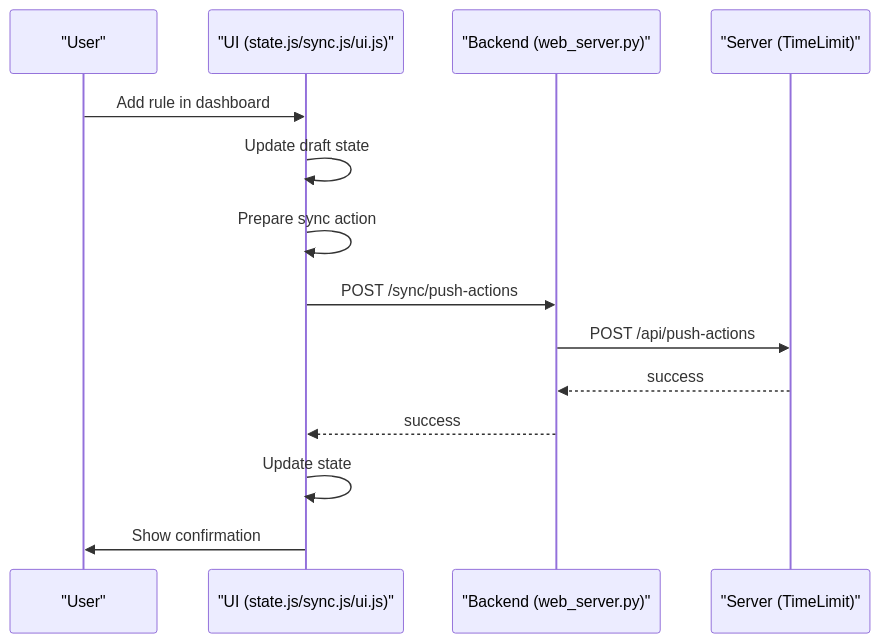
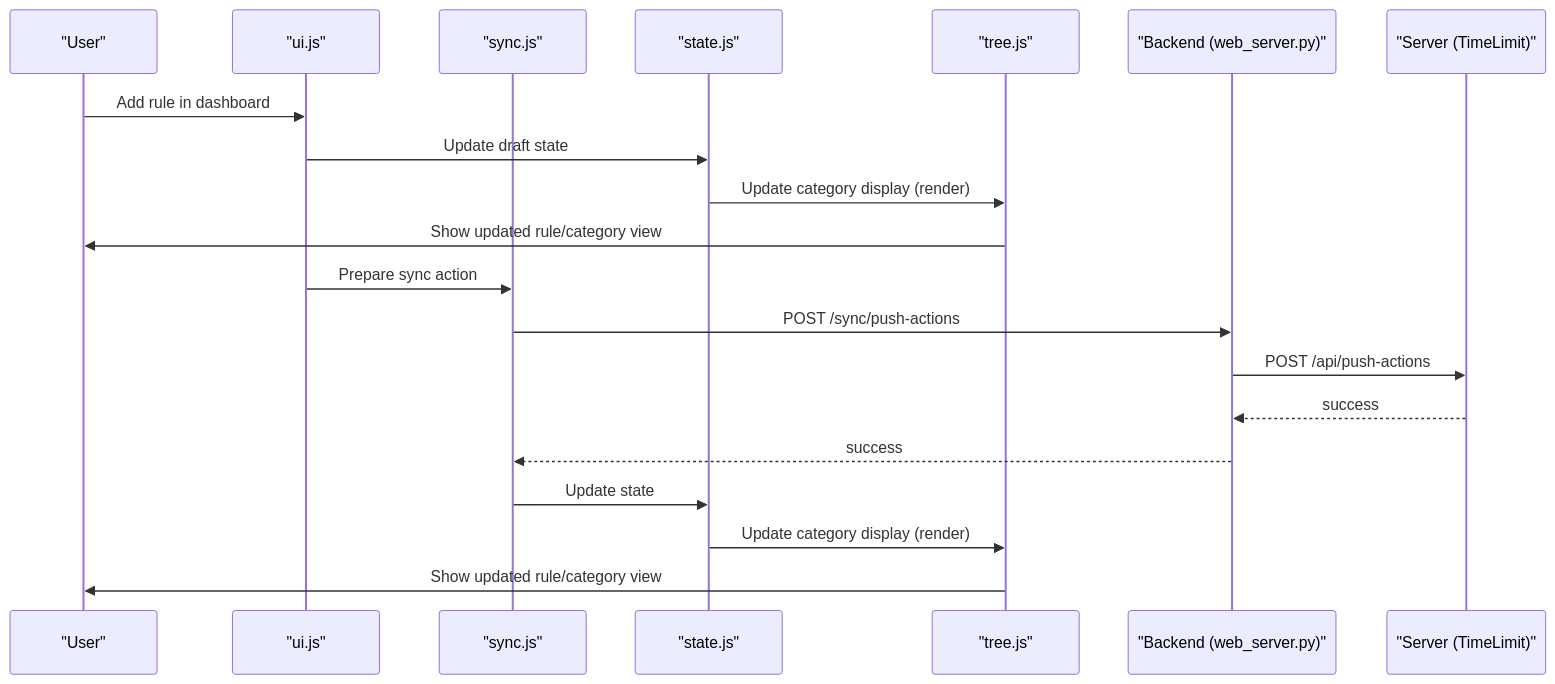
The fourth of 7 diagrams in timelimit-ui/DESIGN.md (JeroenLind/timelimit-ui), drawn with Mermaid before and after one commit. The commit also changed other lines of this file, not shown here.

````diff
--- a/timelimit-ui/DESIGN.md
+++ b/timelimit-ui/DESIGN.md
@@ -180,16 +201,22 @@
 ```mermaid
 sequenceDiagram
   participant usr as "User"
-  participant ui as "UI (state.js/sync.js/ui.js)"
+  participant ui as "ui.js"
+  participant sync as "sync.js"
+  participant state as "state.js"
+  participant tree as "tree.js"
   participant be as "Backend (web_server.py)"
   participant srv as "Server (TimeLimit)"
   usr->>ui: Add rule in dashboard
-  ui->>ui: Update draft state
-  ui->>ui: Prepare sync action
-  ui->>be: POST /sync/push-actions
+  ui->>state: Update draft state
+  state->>tree: Update category display (render)
+  tree->>usr: Show updated rule/category view
+  ui->>sync: Prepare sync action
+  sync->>be: POST /sync/push-actions
   be->>srv: POST /api/push-actions
   srv-->>be: success
-  be-->>ui: success
-  ui->>ui: Update state
-  ui->>usr: Show confirmation
+  be-->>sync: success
+  sync->>state: Update state
+  state->>tree: Update category display (render)
+  tree->>usr: Show updated rule/category view
 ```
````
